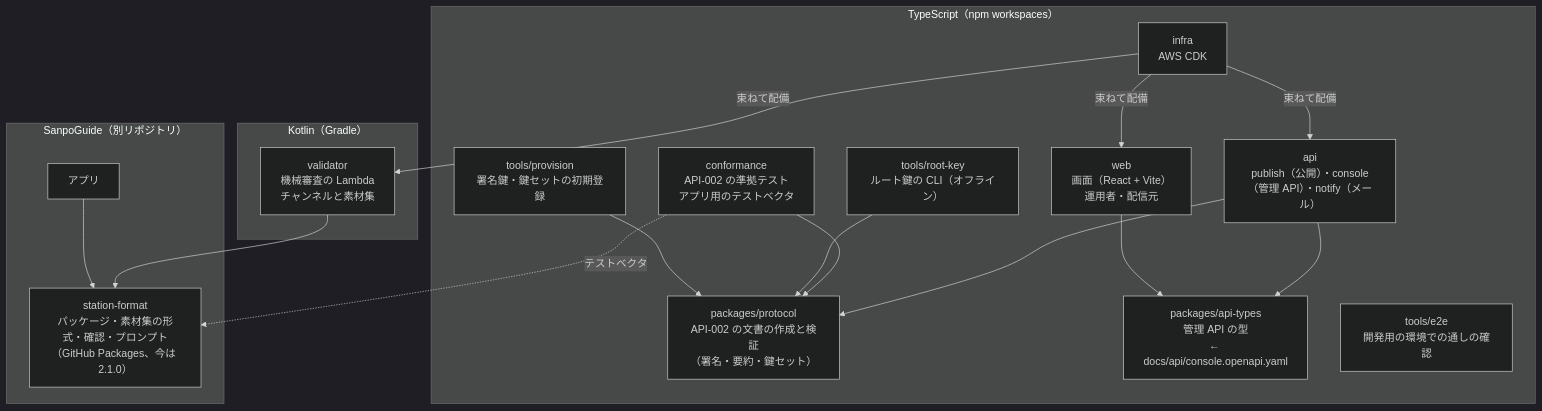
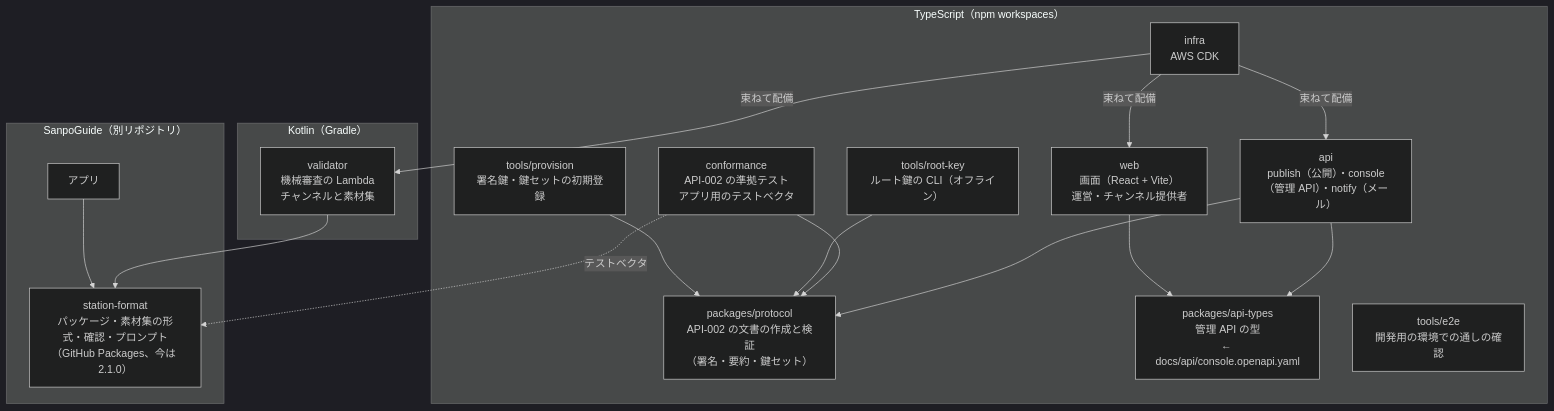
Before and after one commit to duwenji/michizure-console: the second of 7 diagrams in docs/architecture.md, drawn with Mermaid (dark theme). The commit also changed other lines of this file and 42 other files, not shown here.

````diff
--- a/docs/architecture.md
+++ b/docs/architecture.md
@@ -74,34 +74,34 @@
 ```mermaid
 flowchart TB
   subgraph TS["TypeScript（npm workspaces）"]
     protocol["packages/protocol<br/>API-002 の文書の作成と検証<br/>（署名・要約・鍵セット）"]
     types["packages/api-types<br/>管理 API の型<br/>← docs/api/console.openapi.yaml"]
     api["api<br/>publish（公開）・console（管理 API）・notify（メール）"]
-    web["web<br/>画面（React + Vite）<br/>運用者・配信元"]
+    web["web<br/>画面（React + Vite）<br/>運営・チャンネル提供者"]
     infra["infra<br/>AWS CDK"]
     conf["conformance<br/>API-002 の準拠テスト<br/>アプリ用のテストベクタ"]
     rootkey["tools/root-key<br/>ルート鍵の CLI（オフライン）"]
     prov["tools/provision<br/>署名鍵・鍵セットの初期登録"]
     e2e["tools/e2e<br/>開発用の環境での通しの確認"]
   end
   subgraph KT["Kotlin（Gradle）"]
     validator["validator<br/>機械審査の Lambda<br/>チャンネルと素材集"]
   end
   subgraph SG["SanpoGuide（別リポジトリ）"]
     sf["station-format<br/>パッケージ・素材集の形式・確認・プロンプト<br/>（GitHub Packages、今は 2.1.0）"]
     app["アプリ"]
   end
 
   api --> protocol
   api --> types
   web --> types
   conf --> protocol
   rootkey --> protocol
   prov --> protocol
   infra -->|束ねて配備| api
   infra -->|束ねて配備| web
   infra -->|束ねて配備| validator
   validator --> sf
   app --> sf
   conf -. テストベクタ .-> sf
 ```
````
